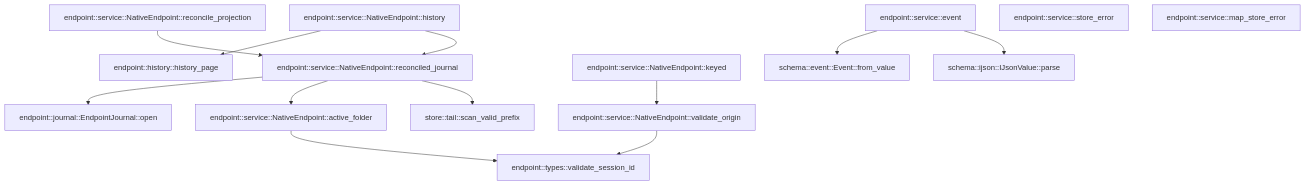
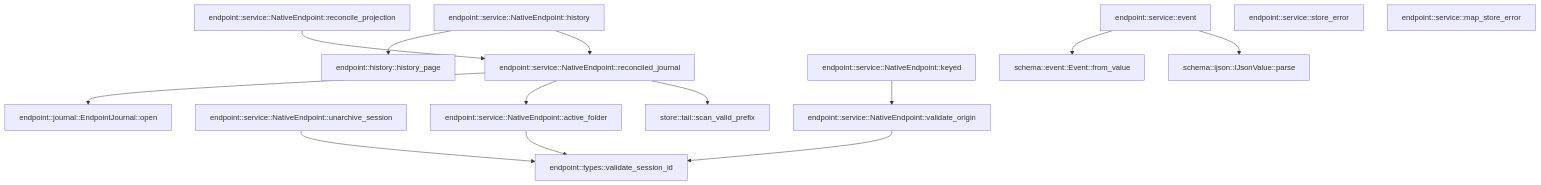
One commit to TekesApps/TekesKernel changed the third of 3 diagrams in crates/endpoint/docs/generated/src--service.md. Above: the diagram before and after it, drawn with Mermaid. The commit also changed other lines of this file and 84 other files, not shown here.

````diff
--- a/crates/endpoint/docs/generated/src--service.md
+++ b/crates/endpoint/docs/generated/src--service.md
@@ -255,29 +264,31 @@
 ```mermaid
 flowchart TD
   n0["endpoint::history::history_page"]
   n1["endpoint::journal::EndpointJournal::open"]
-  n2["endpoint::service::NativeEndpoint::reconcile_projection"]
-  n3["endpoint::service::NativeEndpoint::reconciled_journal"]
-  n4["endpoint::service::NativeEndpoint::history"]
-  n5["endpoint::service::NativeEndpoint::keyed"]
-  n6["endpoint::service::NativeEndpoint::validate_origin"]
-  n7["endpoint::service::NativeEndpoint::active_folder"]
-  n8["endpoint::service::event"]
-  n9["endpoint::service::store_error"]
-  n10["endpoint::service::map_store_error"]
-  n11["endpoint::types::validate_session_id"]
-  n12["schema::event::Event::from_value"]
-  n13["schema::ijson::IJsonValue::parse"]
-  n14["store::tail::scan_valid_prefix"]
-  n2 --> n3
-  n3 --> n1
-  n3 --> n7
-  n3 --> n14
-  n4 --> n0
-  n4 --> n3
-  n5 --> n6
-  n6 --> n11
-  n7 --> n11
+  n2["endpoint::service::NativeEndpoint::unarchive_session"]
+  n3["endpoint::service::NativeEndpoint::reconcile_projection"]
+  n4["endpoint::service::NativeEndpoint::reconciled_journal"]
+  n5["endpoint::service::NativeEndpoint::history"]
+  n6["endpoint::service::NativeEndpoint::keyed"]
+  n7["endpoint::service::NativeEndpoint::validate_origin"]
+  n8["endpoint::service::NativeEndpoint::active_folder"]
+  n9["endpoint::service::event"]
+  n10["endpoint::service::store_error"]
+  n11["endpoint::service::map_store_error"]
+  n12["endpoint::types::validate_session_id"]
+  n13["schema::event::Event::from_value"]
+  n14["schema::ijson::IJsonValue::parse"]
+  n15["store::tail::scan_valid_prefix"]
+  n2 --> n12
+  n3 --> n4
+  n4 --> n1
+  n4 --> n8
+  n4 --> n15
+  n5 --> n0
+  n5 --> n4
+  n6 --> n7
+  n7 --> n12
   n8 --> n12
-  n8 --> n13
+  n9 --> n13
+  n9 --> n14
 ```
````
